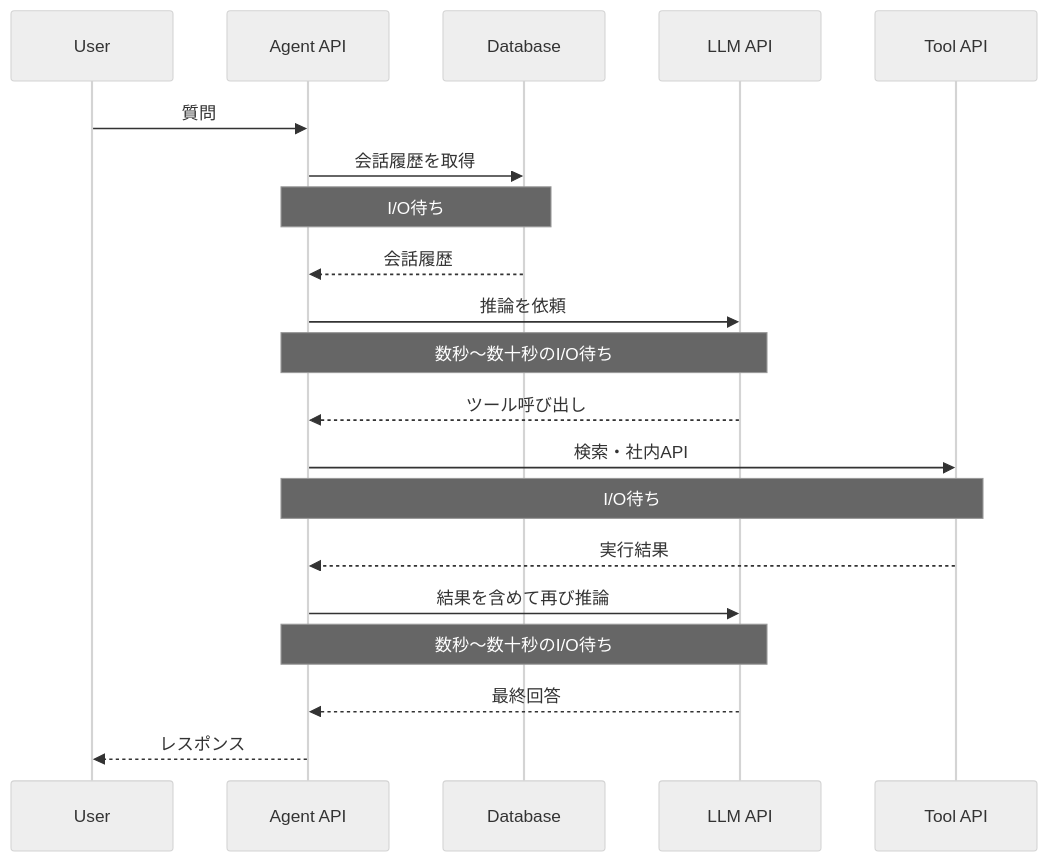
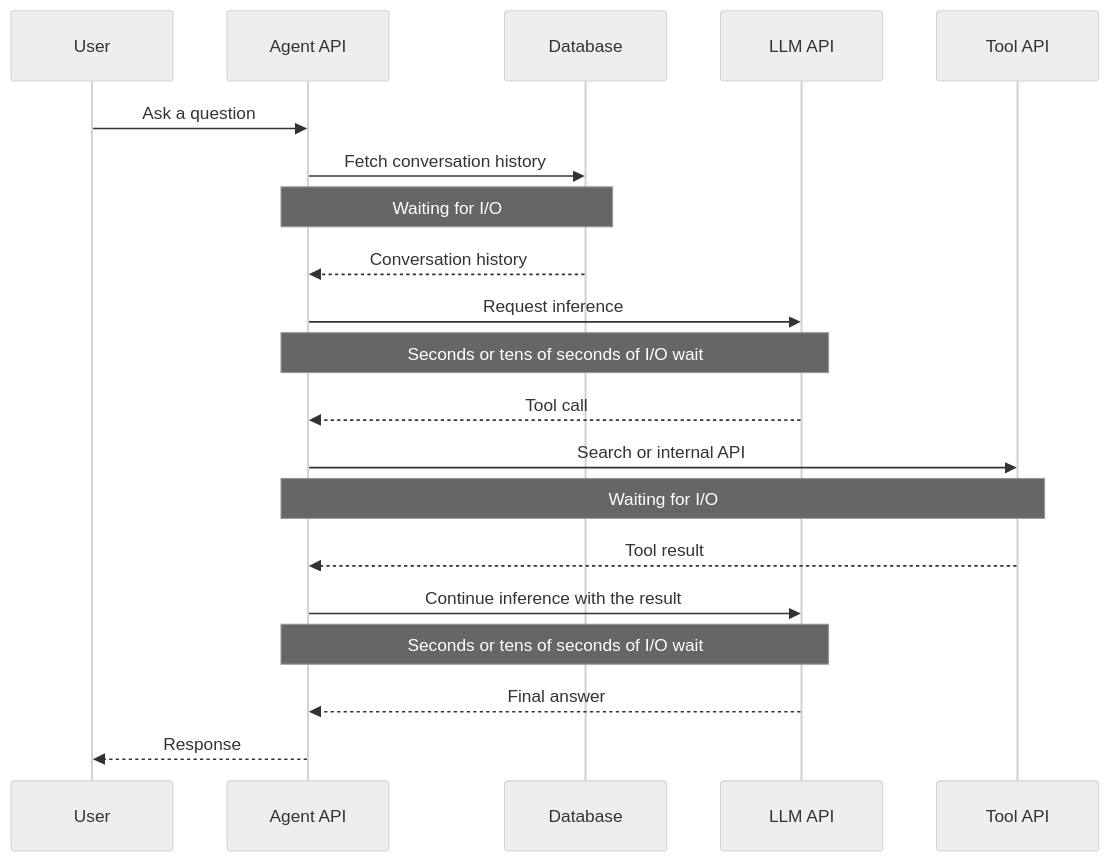
The first of 5 diagrams in src/content/posts/wsgi_asgi/index.md (shionhonda/hippocampus-garden), drawn with Mermaid (neutral theme) before and after one commit. The commit also changed other lines of this file and 4 other files, not shown here.

````diff
--- a/src/content/posts/wsgi_asgi/index.md
+++ b/src/content/posts/wsgi_asgi/index.md
@@ -22,25 +22,25 @@
 ```mermaid
 sequenceDiagram
-    accTitle: AIエージェントAPIの典型的な処理
-    accDescr: ユーザーのリクエストを受けたエージェントが、DB、LLM API、ツールAPIの応答を順に待って結果を返す
+    accTitle: A typical AI agent API request
+    accDescr: The agent receives a user request, waits for a database, an LLM API, and a tool API in sequence, then returns the result
     participant U as User
     participant A as Agent API
     participant D as Database
     participant L as LLM API
     participant T as Tool API
 
-    U->>A: 質問
-    A->>D: 会話履歴を取得
-    Note over A,D: I/O待ち
-    D-->>A: 会話履歴
-    A->>L: 推論を依頼
-    Note over A,L: 数秒〜数十秒のI/O待ち
-    L-->>A: ツール呼び出し
-    A->>T: 検索・社内API
-    Note over A,T: I/O待ち
-    T-->>A: 実行結果
-    A->>L: 結果を含めて再び推論
-    Note over A,L: 数秒〜数十秒のI/O待ち
-    L-->>A: 最終回答
-    A-->>U: レスポンス
+    U->>A: Ask a question
+    A->>D: Fetch conversation history
+    Note over A,D: Waiting for I/O
+    D-->>A: Conversation history
+    A->>L: Request inference
+    Note over A,L: Seconds or tens of seconds of I/O wait
+    L-->>A: Tool call
+    A->>T: Search or internal API
+    Note over A,T: Waiting for I/O
+    T-->>A: Tool result
+    A->>L: Continue inference with the result
+    Note over A,L: Seconds or tens of seconds of I/O wait
+    L-->>A: Final answer
+    A-->>U: Response
 ```
````
